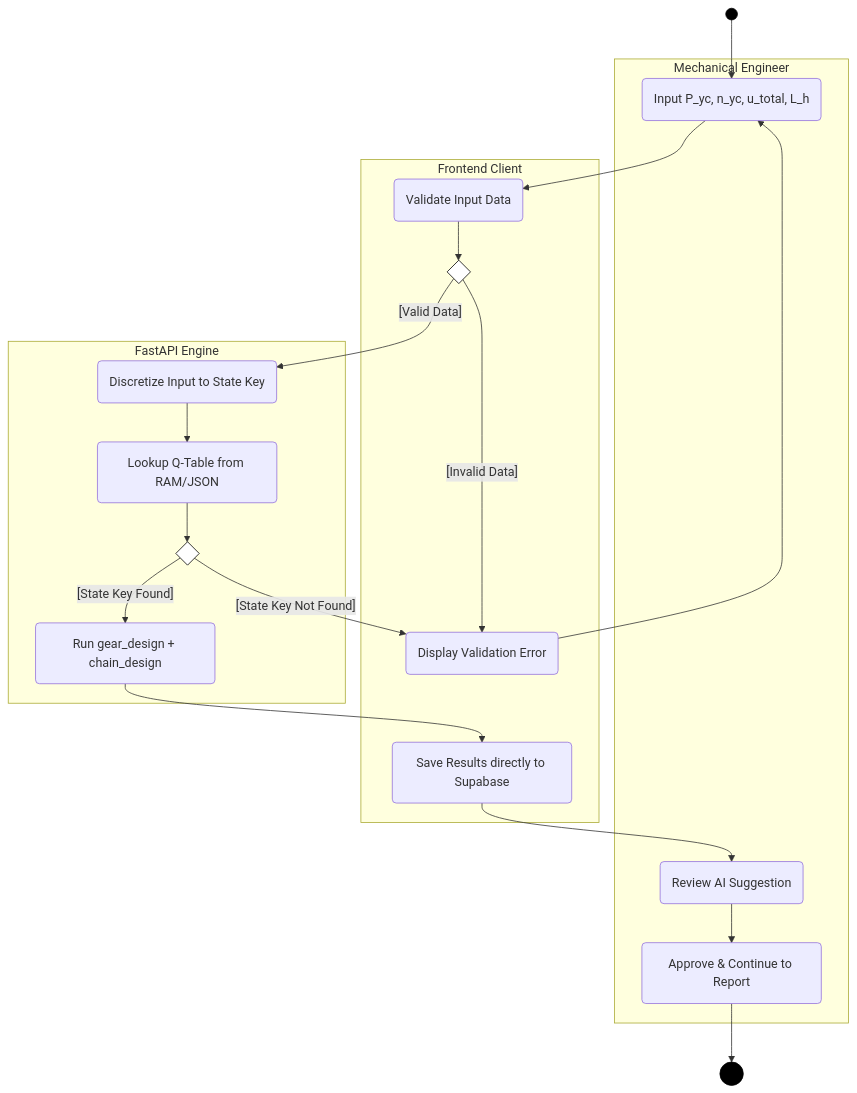
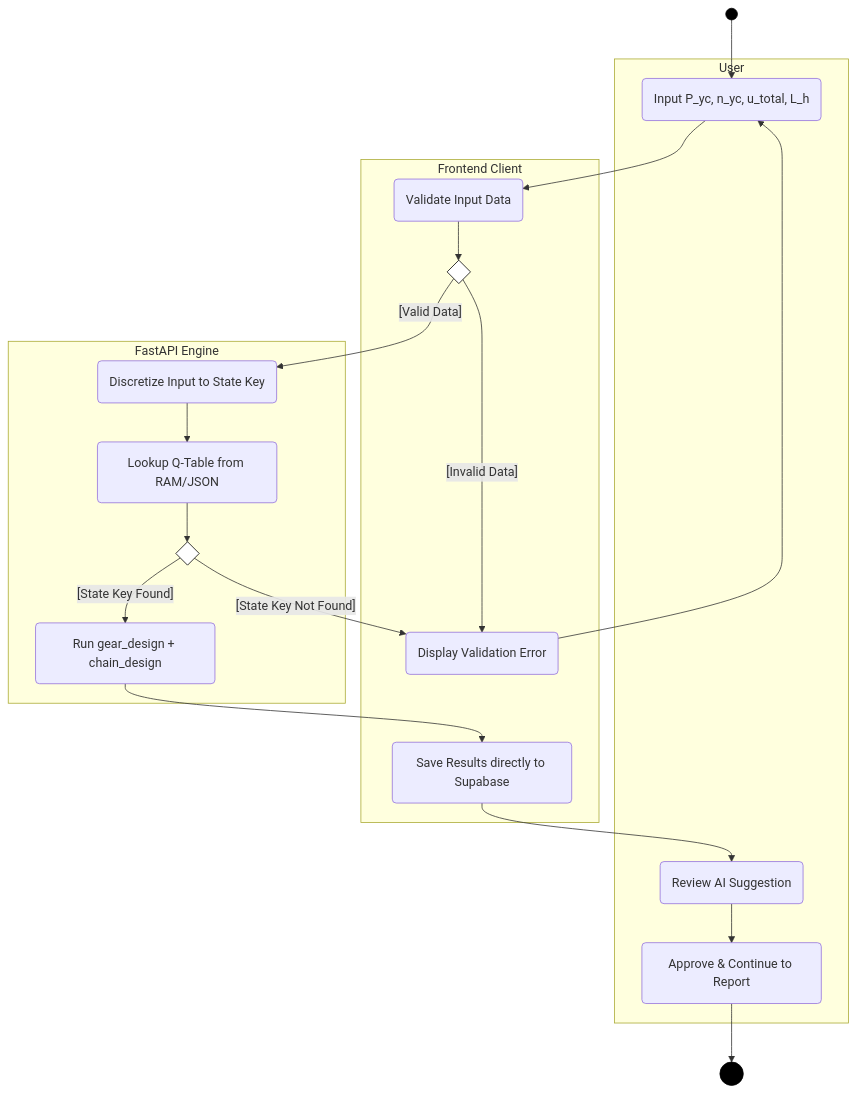
Before and after one commit to dvydinh/mechdrive: the second of 2 diagrams in docs/uml/2_Activity_Diagrams.md, drawn with Mermaid. The commit also changed other lines of this file and 2 other files, not shown here.

````diff
--- a/docs/uml/2_Activity_Diagrams.md
+++ b/docs/uml/2_Activity_Diagrams.md
@@ -59,48 +59,48 @@
 ```mermaid
 %%{init: {'theme': 'default', 'themeVariables': {'background': '#ffffff'}}}%%
 flowchart TD
     classDef startEnd fill:#000,stroke:#000,color:#fff;
     classDef decision fill:#fff,stroke:#000,shape:diamond;
 
     Start(( )):::startEnd
     End((( ))):::startEnd
     
-    subgraph User_Lane [Mechanical Engineer]
+    subgraph User_Lane [User]
         A1(Input P_yc, n_yc, u_total, L_h)
         A8(Review AI Suggestion)
         A9(Approve & Continue to Report)
     end
     
     subgraph UI_Lane [Frontend Client]
         A2(Validate Input Data)
         D1{" "}:::decision
         A3(Display Validation Error)
         A7(Save Results directly to Supabase)
     end
     
     subgraph AI_Lane [FastAPI Engine]
         A4(Discretize Input to State Key)
         A5(Lookup Q-Table from RAM/JSON)
         D2{" "}:::decision
         A6(Run gear_design + chain_design)
     end
     
     Start --> A1
     A1 --> A2
     A2 --> D1
     
     D1 -->|"[Invalid Data]"| A3
     A3 --> A1
     
     D1 -->|"[Valid Data]"| A4
     A4 --> A5
     A5 --> D2
     
     D2 -->|"[State Key Not Found]"| A3
     
     D2 -->|"[State Key Found]"| A6
     A6 --> A7
     A7 --> A8
     A8 --> A9
     A9 --> End
 ```
````
